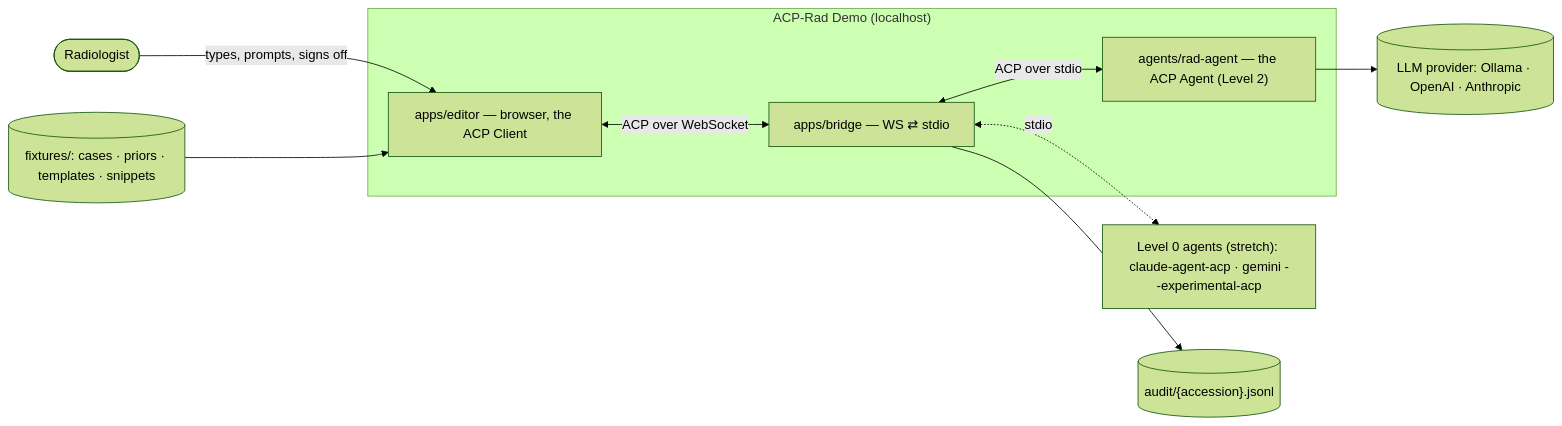
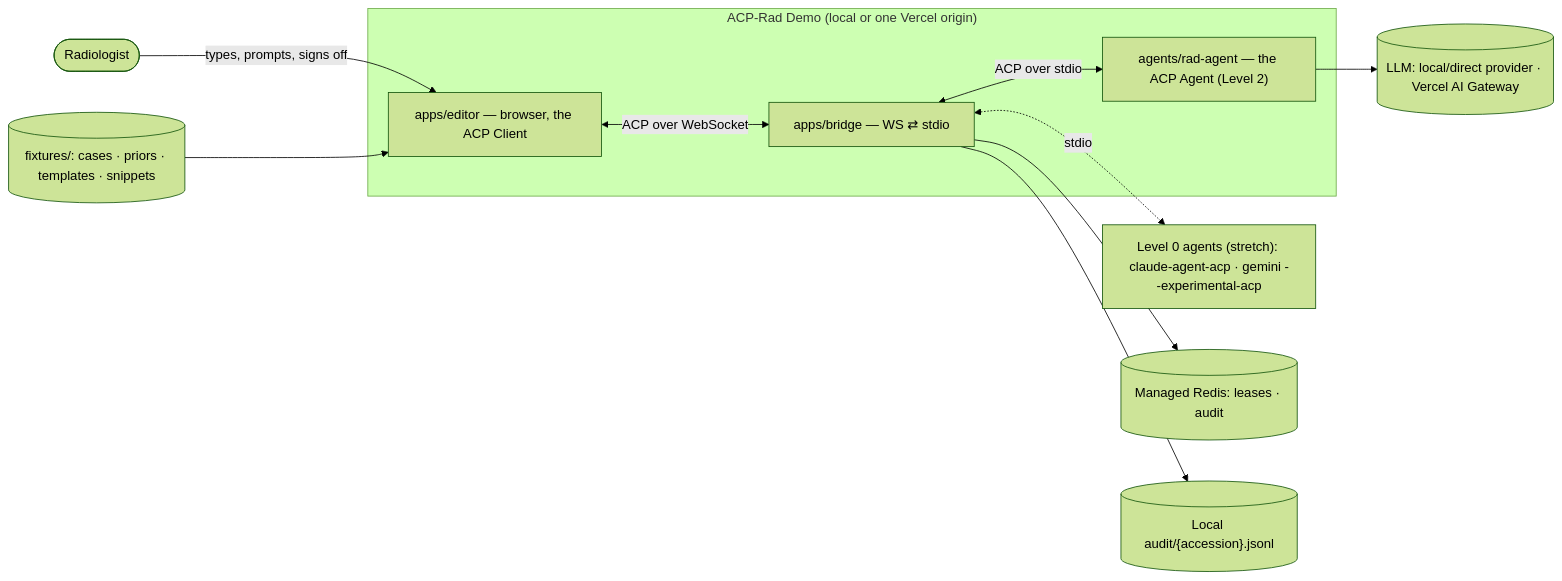
Before and after one commit to Lightbridge-KS/acp-rad-demo: the first of 7 diagrams in docs/design/01-system-architecture.md, drawn with Mermaid (forest theme). The commit also changed other lines of this file and 27 other files, not shown here.

First line of the commit message:
feat(deploy): host the demo on Vercel Services

````diff
--- a/docs/design/01-system-architecture.md
+++ b/docs/design/01-system-architecture.md
@@ -29,20 +29,22 @@
 ```mermaid
 flowchart LR
     rad([Radiologist])
-    subgraph Demo["ACP-Rad Demo (localhost)"]
+    subgraph Demo["ACP-Rad Demo (local or one Vercel origin)"]
         editor["apps/editor — browser, the ACP Client"]
         bridge["apps/bridge — WS ⇄ stdio"]
         agent["agents/rad-agent — the ACP Agent (Level 2)"]
     end
     l0["Level 0 agents (stretch): claude-agent-acp · gemini --experimental-acp"]
-    llm[("LLM provider: Ollama · OpenAI · Anthropic")]
-    audit[("audit/{accession}.jsonl")]
+    llm[("LLM: local/direct provider · Vercel AI Gateway")]
+    redis[("Managed Redis: leases · audit")]
+    audit[("Local audit/{accession}.jsonl")]
     fixtures[("fixtures/: cases · priors · templates · snippets")]
     rad -->|types, prompts, signs off| editor
     editor <-->|ACP over WebSocket| bridge
     bridge <-->|ACP over stdio| agent
     bridge <-.->|stdio| l0
     agent --> llm
     bridge --> audit
+    bridge --> redis
     fixtures --> editor
 ```
````
